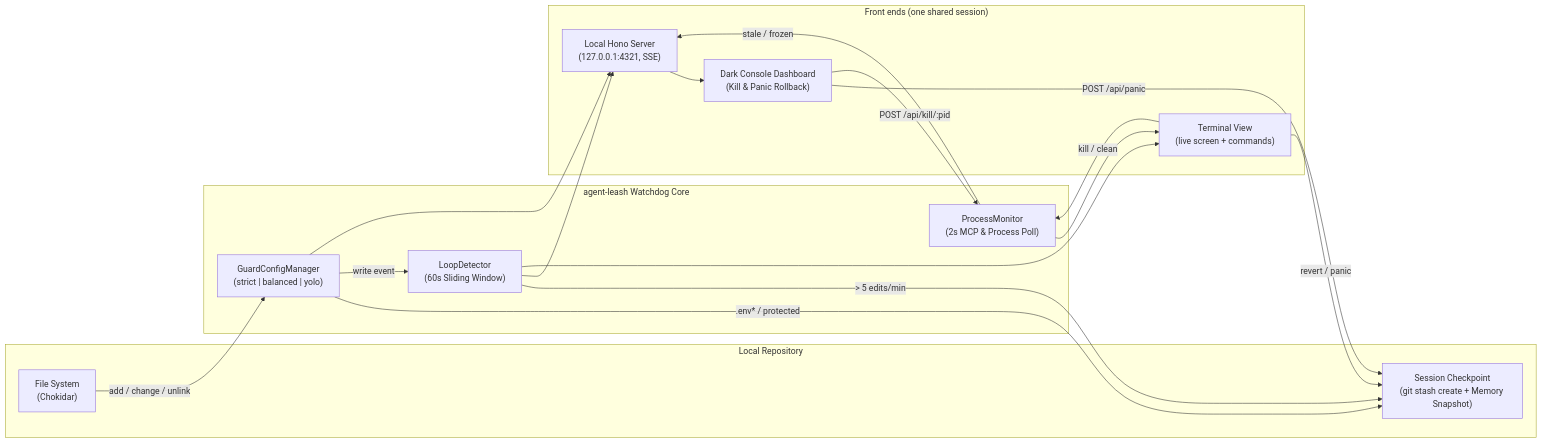
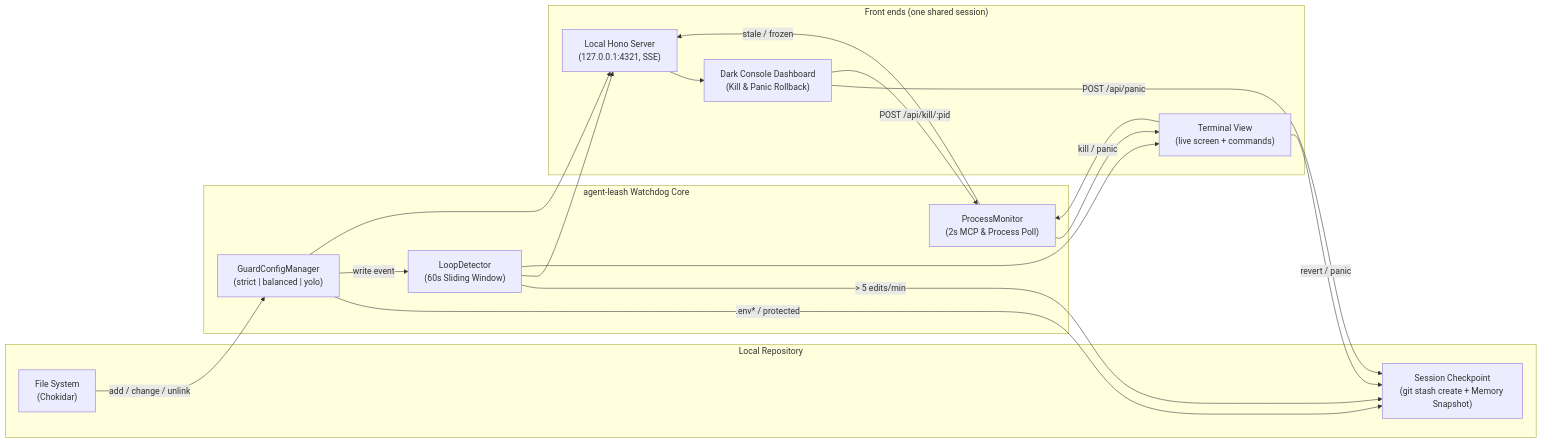
One commit to uwejettkant/strayps changed the diagram in README.md. Above: the diagram before and after it, drawn with Mermaid. The commit also changed other lines of this file and 25 other files, not shown here.

````diff
--- a/README.md
+++ b/README.md
@@ -96,34 +109,34 @@
 ```mermaid
 flowchart LR
   subgraph Repo["Local Repository"]
     FS["File System\n(Chokidar)"]
     GIT["Session Checkpoint\n(git stash create + Memory Snapshot)"]
   end
 
   subgraph Core["agent-leash Watchdog Core"]
     CFG["GuardConfigManager\n(strict | balanced | yolo)"]
     LOOP["LoopDetector\n(60s Sliding Window)"]
     PROC["ProcessMonitor\n(2s MCP & Process Poll)"]
   end
 
   subgraph UI["Front ends (one shared session)"]
     TUI["Terminal View\n(live screen + commands)"]
     SSE["Local Hono Server\n(127.0.0.1:4321, SSE)"]
     DASH["Dark Console Dashboard\n(Kill & Panic Rollback)"]
   end
 
   FS -->|add / change / unlink| CFG
   CFG -->|".env* / protected"| GIT
   CFG -->|write event| LOOP
   LOOP -->|"> 5 edits/min"| GIT
   PROC -->|"stale / frozen"| SSE
   LOOP --> SSE
   CFG --> SSE
   LOOP --> TUI
   PROC --> TUI
   SSE --> DASH
   DASH -->|"POST /api/panic"| GIT
   DASH -->|"POST /api/kill/:pid"| PROC
   TUI -->|"revert / panic"| GIT
-  TUI -->|"kill / clean"| PROC
+  TUI -->|"kill / panic"| PROC
 ```
````
